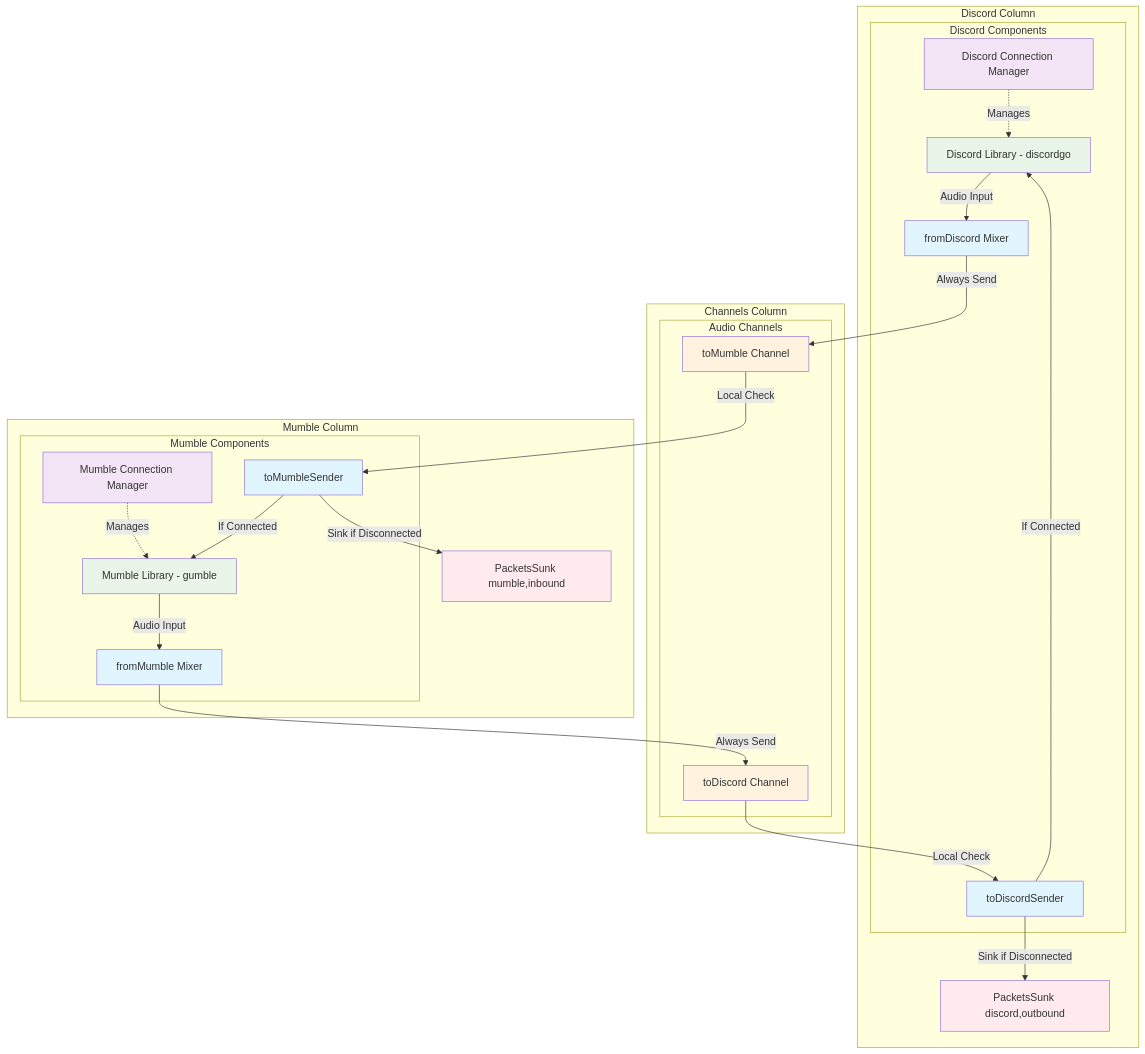
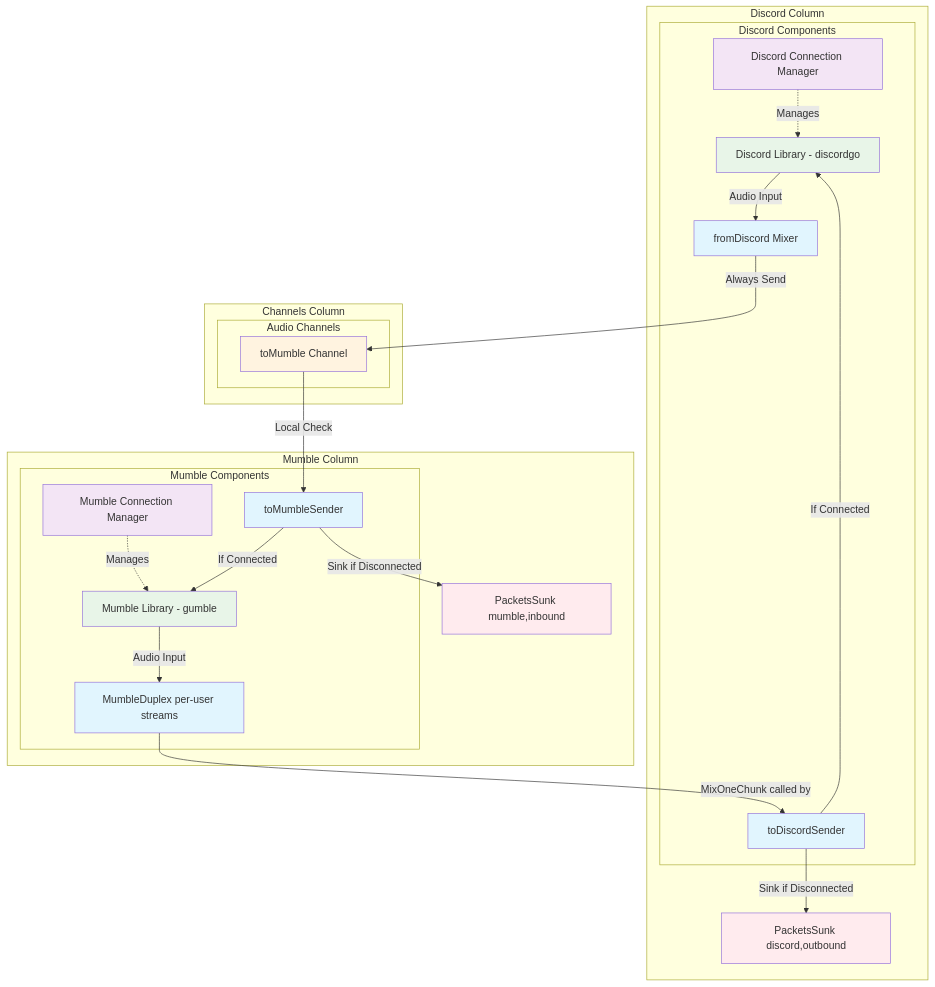
The diagram in docs/AUDIO-PACKET-FLOW.md (Stieneee/mumble-discord-bridge), drawn with Mermaid before and after one commit. The commit also changed other lines of this file and 4 other files, not shown here.

First line of the commit message:
perf(audio): merge Mumble mixer into Discord sender for lower latency

````diff
--- a/docs/AUDIO-PACKET-FLOW.md
+++ b/docs/AUDIO-PACKET-FLOW.md
@@ -30,62 +30,60 @@
 ```mermaid
 graph TB
     subgraph "Discord Column"
         subgraph "Discord Components"
             DCM[Discord Connection Manager]
             DL[Discord Library - discordgo]
             DM[fromDiscord Mixer]
             DSP[toDiscordSender]
         end
         PS1[PacketsSunk discord,outbound]
     end
-    
-    subgraph "Channels Column"
-        subgraph "Audio Channels"
-            TD[toDiscord Channel]
-            TM[toMumble Channel]
-        end
-    end
-    
+
     subgraph "Mumble Column"
         subgraph "Mumble Components"
             MCM[Mumble Connection Manager]
             ML[Mumble Library - gumble]
-            MM[fromMumble Mixer]
+            MDS[MumbleDuplex per-user streams]
             FTM[toMumbleSender]
         end
         PS2[PacketsSunk mumble,inbound]
     end
-    
-    %% Audio Flow - Mumble to Discord
-    ML -->|Audio Input| MM
-    MM -->|Always Send| TD
-    TD -->|Local Check| DSP
+
+    subgraph "Channels Column"
+        subgraph "Audio Channels"
+            TM[toMumble Channel]
+        end
+    end
+
+    %% Audio Flow - Mumble to Discord (inline mixing)
+    ML -->|Audio Input| MDS
+    MDS -->|MixOneChunk called by| DSP
     DSP -->|If Connected| DL
-    
+
     %% Audio Flow - Discord to Mumble
-    DL -->|Audio Input| DM  
+    DL -->|Audio Input| DM
     DM -->|Always Send| TM
     TM -->|Local Check| FTM
     FTM -->|If Connected| ML
-    
+
     %% Connection Management
     MCM -.->|Manages| ML
     DCM -.->|Manages| DL
-    
+
     %% Packet Sinking
     DSP -->|Sink if Disconnected| PS1
     FTM -->|Sink if Disconnected| PS2
-    
+
     %% Styling
     classDef audioFlow fill:#e1f5fe
     classDef connectionMgr fill:#f3e5f5
     classDef sinking fill:#ffebee
     classDef external fill:#e8f5e8
     classDef channels fill:#fff3e0
-    
-    class MM,DM,FTM,DSP audioFlow
+
+    class MDS,DM,FTM,DSP audioFlow
     class MCM,DCM connectionMgr
     class PS1,PS2 sinking
     class ML,DL external
-    class TD,TM channels
+    class TM channels
 ```
````
